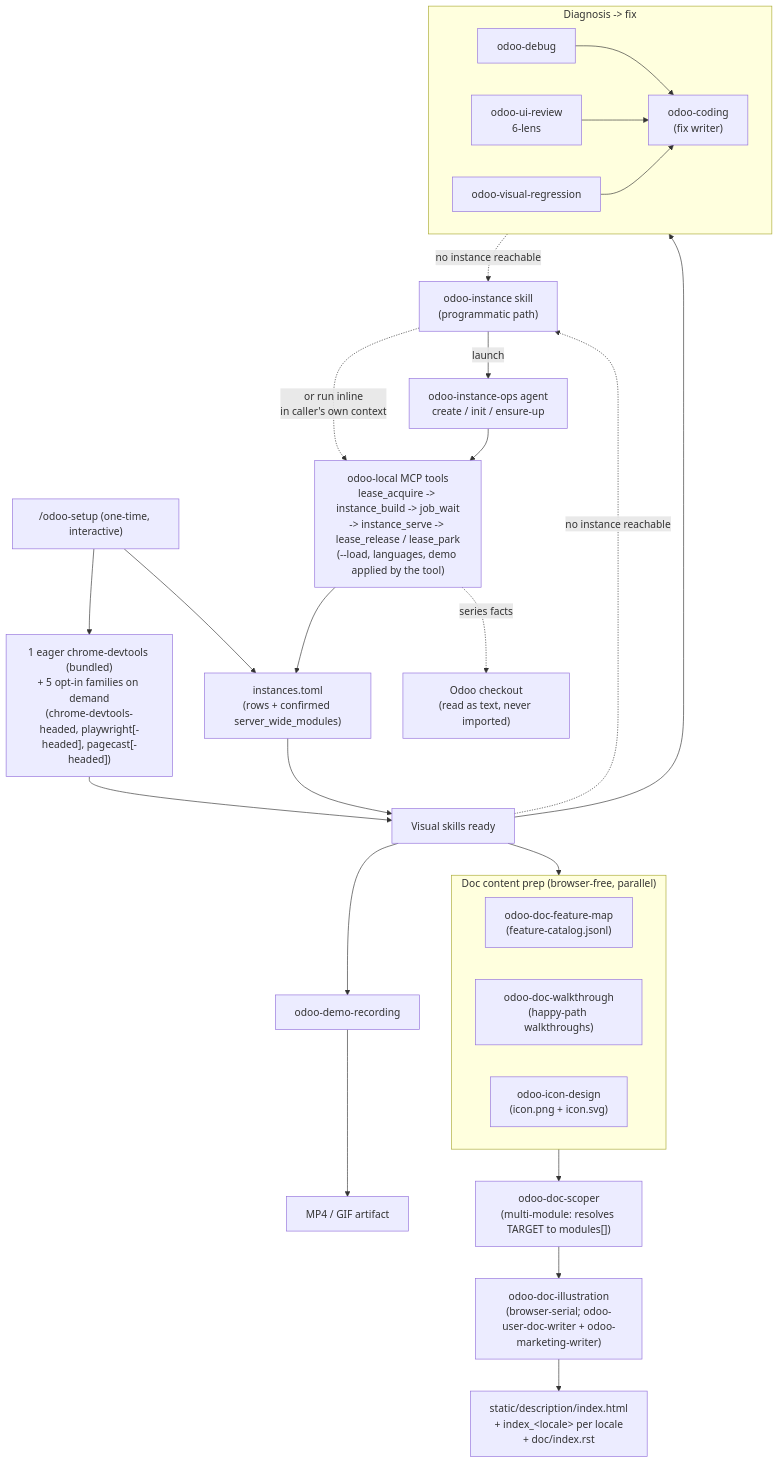
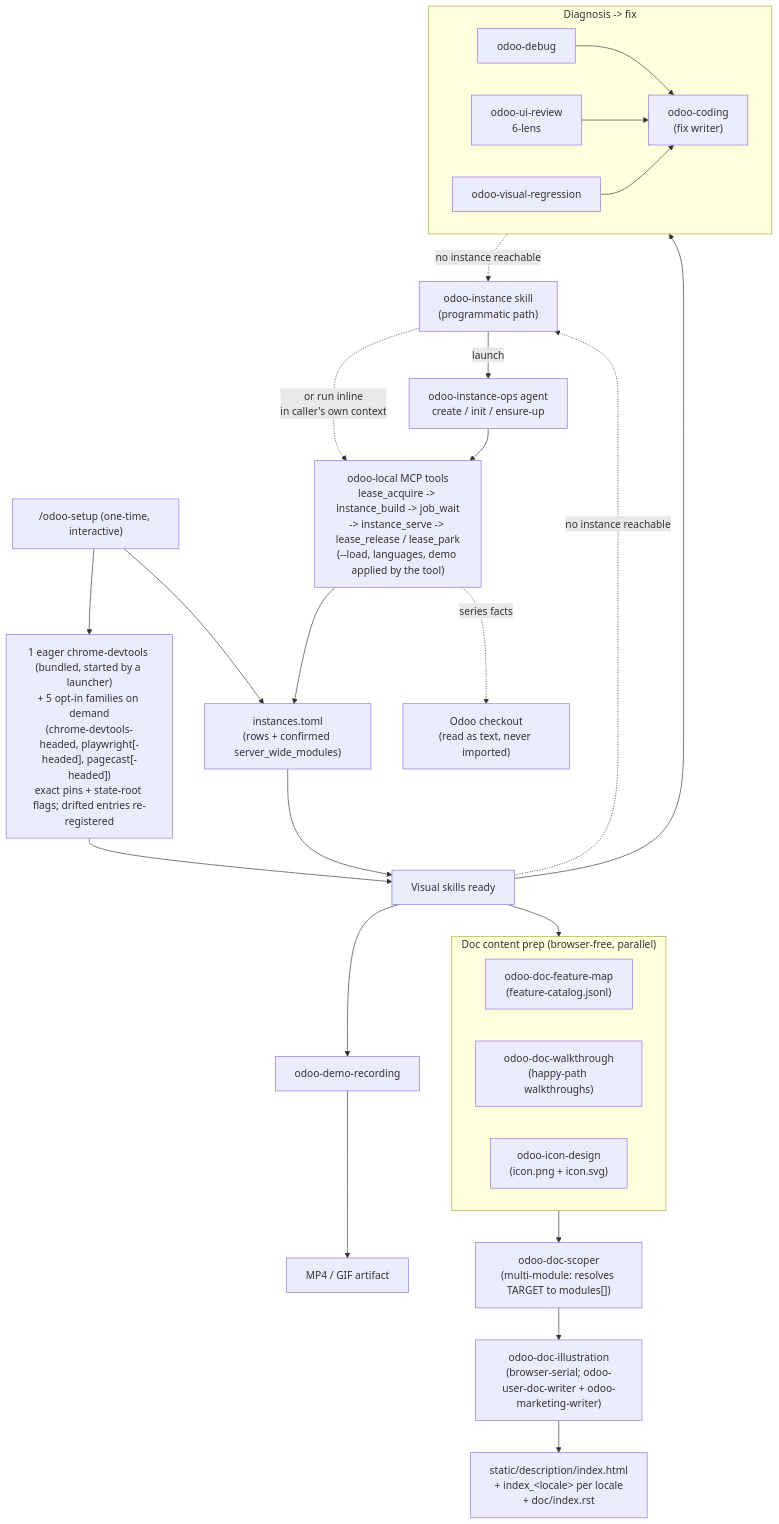
One commit to Viindoo/odoo-mcp-client changed the fourth of 9 diagrams in plugins/odoo-ai-agents/README.md. Above: the diagram before and after it, drawn with Mermaid. The commit also changed other lines of this file and 91 other files, not shown here.

````diff
--- a/plugins/odoo-ai-agents/README.md
+++ b/plugins/odoo-ai-agents/README.md
@@ -350,40 +350,40 @@
 ```mermaid
 flowchart TD
     SETUP["/odoo-setup (one-time, interactive)"]
-    SETUP --> MCPW["1 eager chrome-devtools (bundled)<br/>+ 5 opt-in families on demand<br/>(chrome-devtools-headed, playwright[-headed], pagecast[-headed])"]
+    SETUP --> MCPW["1 eager chrome-devtools (bundled, started by a launcher)<br/>+ 5 opt-in families on demand<br/>(chrome-devtools-headed, playwright[-headed], pagecast[-headed])<br/>exact pins + state-root flags; drifted entries re-registered"]
     SETUP --> CTX["instances.toml<br/>(rows + confirmed server_wide_modules)"]
 
     INST["odoo-instance skill<br/>(programmatic path)"]
     INST -->|"launch"| IOPS["odoo-instance-ops agent<br/>create / init / ensure-up"]
     INST -.->|"or run inline<br/>in caller's own context"| LOCAL
     IOPS --> LOCAL["odoo-local MCP tools<br/>lease_acquire -> instance_build -> job_wait<br/>-> instance_serve -> lease_release / lease_park<br/>(--load, languages, demo applied by the tool)"]
     LOCAL --> CTX
     LOCAL -. "series facts" .-> SRC["Odoo checkout<br/>(read as text, never imported)"]
 
     MCPW --> SK["Visual skills ready"]
     CTX --> SK
 
     subgraph FIX_SKILLS["Diagnosis -> fix"]
         UID["odoo-debug"] --> FC["odoo-coding<br/>(fix writer)"]
         UIR["odoo-ui-review<br/>6-lens"] --> FC
         VR["odoo-visual-regression"] --> FC
     end
 
     SK --> FIX_SKILLS
     SK --> DR["odoo-demo-recording"]
     DR --> MEDIA["MP4 / GIF artifact"]
 
     subgraph DOC_PREP["Doc content prep (browser-free, parallel)"]
         FMP["odoo-doc-feature-map<br/>(feature-catalog.jsonl)"]
         WLK["odoo-doc-walkthrough<br/>(happy-path walkthroughs)"]
         ICN["odoo-icon-design<br/>(icon.png + icon.svg)"]
     end
 
     SK --> DOC_PREP
     DOC_PREP --> DOCSCOPER["odoo-doc-scoper<br/>(multi-module: resolves TARGET to modules[])"]
     DOCSCOPER --> DOCILL["odoo-doc-illustration<br/>(browser-serial; odoo-user-doc-writer + odoo-marketing-writer)"]
     DOCILL --> DOCOUT["static/description/index.html<br/>+ index_&lt;locale&gt; per locale<br/>+ doc/index.rst"]
 
     FIX_SKILLS -. "no instance reachable" .-> INST
     SK -. "no instance reachable" .-> INST
 ```
````
